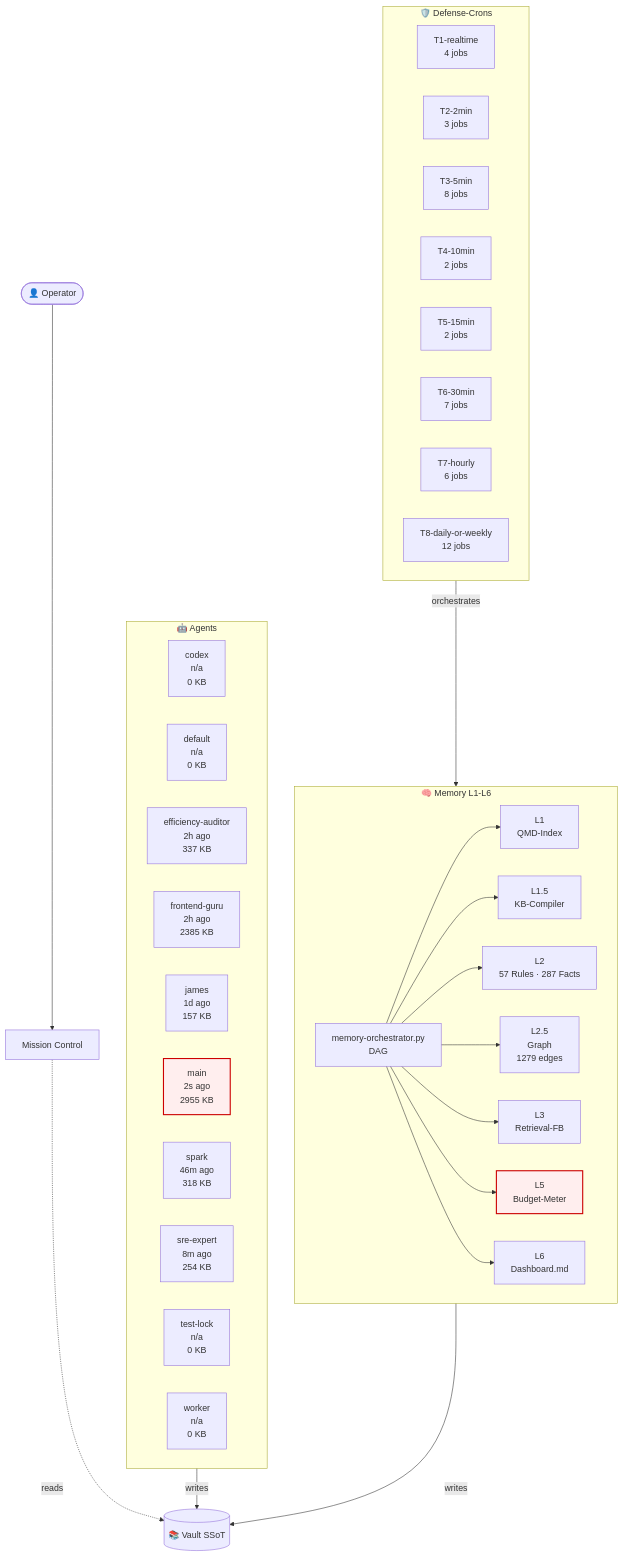
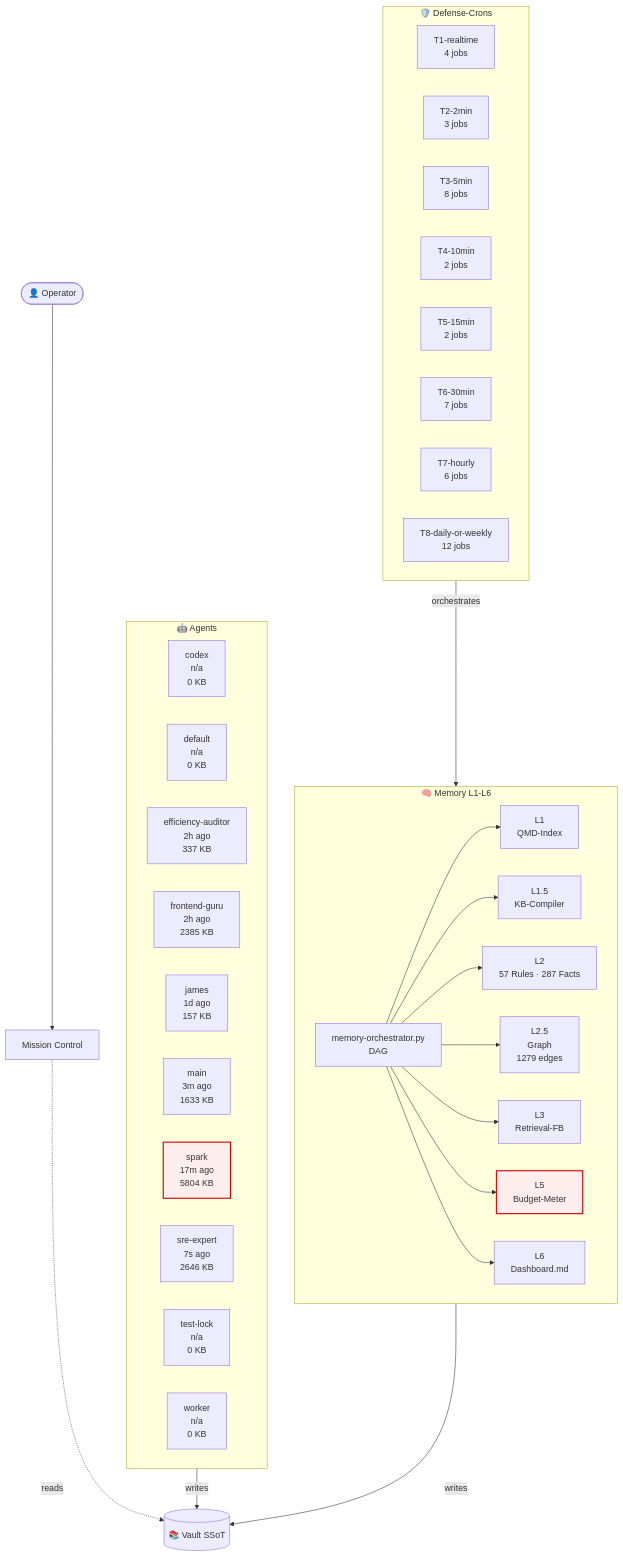
The diagram in 03-Agents/architecture-live.md (lenardhuebner88-rgb/openclaw-memory), drawn with Mermaid before and after one commit. The commit also changed other lines of this file and 17 other files, not shown here.

````diff
--- a/03-Agents/architecture-live.md
+++ b/03-Agents/architecture-live.md
@@ -18,53 +18,53 @@
 ```mermaid
 flowchart TB
     classDef critical fill:#fee,stroke:#c00,stroke-width:2px;
     subgraph AGT["🤖 Agents"]
         agent_codex["codex<br/>n/a<br/>0 KB"]
         agent_default["default<br/>n/a<br/>0 KB"]
         agent_efficiency_auditor["efficiency-auditor<br/>2h ago<br/>337 KB"]
         agent_frontend_guru["frontend-guru<br/>2h ago<br/>2385 KB"]
         agent_james["james<br/>1d ago<br/>157 KB"]
-        agent_main["main<br/>2s ago<br/>2955 KB"]
-        agent_spark["spark<br/>46m ago<br/>318 KB"]
-        agent_sre_expert["sre-expert<br/>8m ago<br/>254 KB"]
+        agent_main["main<br/>3m ago<br/>1633 KB"]
+        agent_spark["spark<br/>17m ago<br/>5804 KB"]
+        agent_sre_expert["sre-expert<br/>7s ago<br/>2646 KB"]
         agent_test_lock["test-lock<br/>n/a<br/>0 KB"]
         agent_worker["worker<br/>n/a<br/>0 KB"]
     end
     subgraph MEM["🧠 Memory L1-L6"]
         L1["L1<br/>QMD-Index"]
         L15["L1.5<br/>KB-Compiler"]
         L2["L2<br/>57 Rules · 287 Facts"]
         L25["L2.5<br/>Graph<br/>1279 edges"]
         L3["L3<br/>Retrieval-FB"]
         L5["L5<br/>Budget-Meter"]
         L6["L6<br/>Dashboard.md"]
         ORCH["memory-orchestrator.py<br/>DAG"]
     end
     subgraph CRN["🛡️ Defense-Crons"]
         tier_T1_realtime["T1-realtime<br/>4 jobs"]
         tier_T2_2min["T2-2min<br/>3 jobs"]
         tier_T3_5min["T3-5min<br/>8 jobs"]
         tier_T4_10min["T4-10min<br/>2 jobs"]
         tier_T5_15min["T5-15min<br/>2 jobs"]
         tier_T6_30min["T6-30min<br/>7 jobs"]
         tier_T7_hourly["T7-hourly<br/>6 jobs"]
         tier_T8_daily_or_weekly["T8-daily-or-weekly<br/>12 jobs"]
     end
     VAULT[("📚 Vault SSoT")]
     OP([👤 Operator])
     MC["Mission Control"]
     OP --> MC
     MC -.reads.-> VAULT
     AGT -->|writes| VAULT
     MEM -->|writes| VAULT
     ORCH --> L1
     ORCH --> L15
     ORCH --> L2
     ORCH --> L25
     ORCH --> L3
     ORCH --> L5
     ORCH --> L6
     CRN -->|orchestrates| MEM
     class L5 critical
-    class agent_main critical
+    class agent_spark critical
 ```
````
